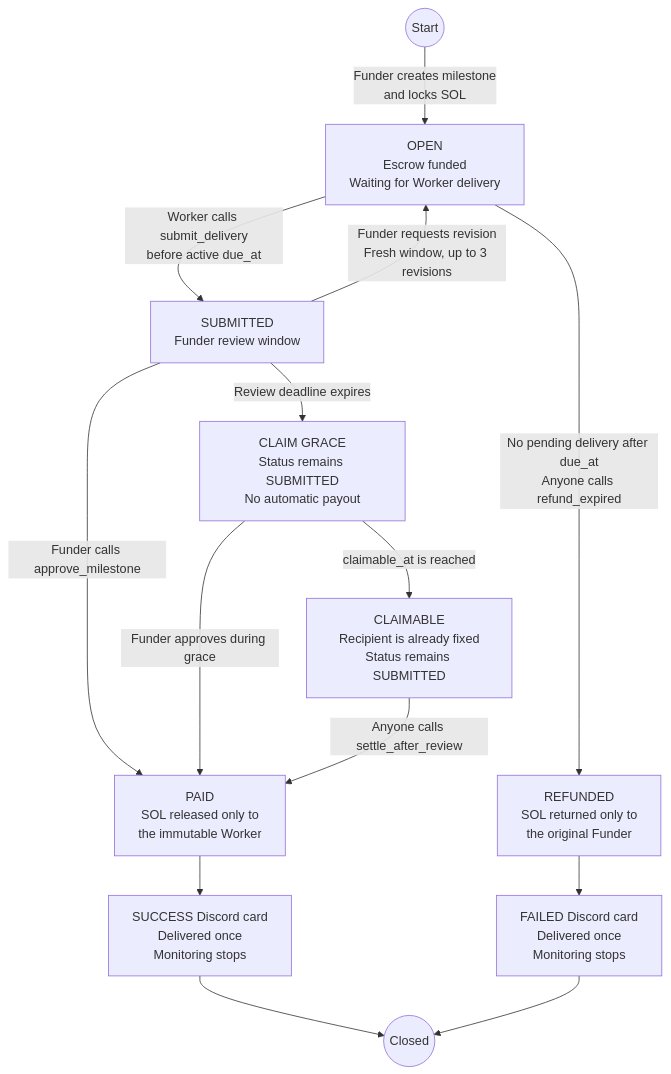
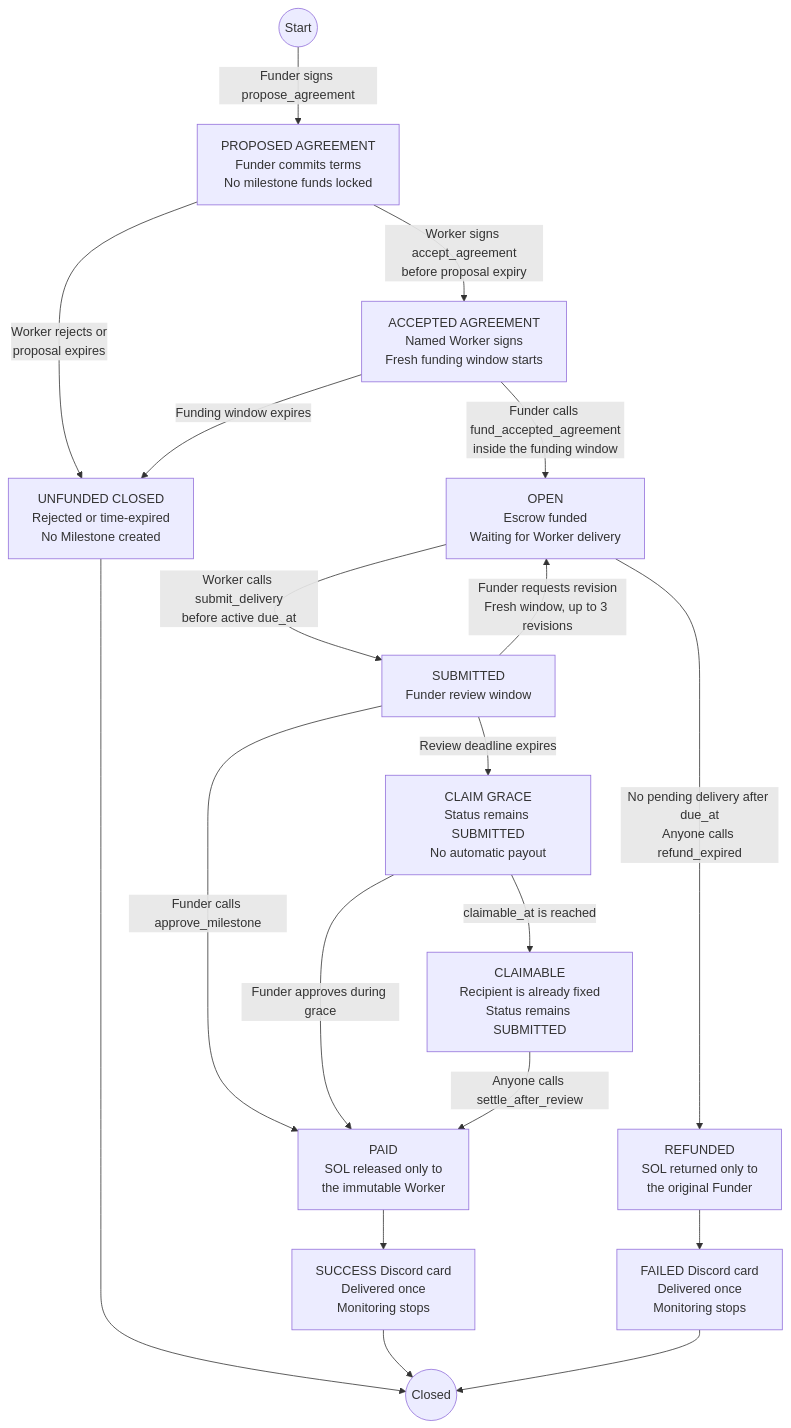
Before and after one commit to zxc982/prazopay-zeroclaw: the diagram in README.md, drawn with Mermaid. The commit also changed other lines of this file and 3 other files, not shown here.

````diff
--- a/README.md
+++ b/README.md
@@ -28,36 +25,46 @@
 ```mermaid
 flowchart TB
     Start((Start))
 
+    Proposed["PROPOSED AGREEMENT<br/>Funder commits terms<br/>No milestone funds locked"]
+    Accepted["ACCEPTED AGREEMENT<br/>Named Worker signs<br/>Fresh funding window starts"]
+    Unfunded["UNFUNDED CLOSED<br/>Rejected or time-expired<br/>No Milestone created"]
     Open["OPEN<br/>Escrow funded<br/>Waiting for Worker delivery"]
     Review["SUBMITTED<br/>Funder review window"]
     Grace["CLAIM GRACE<br/>Status remains SUBMITTED<br/>No automatic payout"]
     Claimable["CLAIMABLE<br/>Recipient is already fixed<br/>Status remains SUBMITTED"]
     Paid["PAID<br/>SOL released only to<br/>the immutable Worker"]
     Refunded["REFUNDED<br/>SOL returned only to<br/>the original Funder"]
 
     Success["SUCCESS Discord card<br/>Delivered once<br/>Monitoring stops"]
     Failed["FAILED Discord card<br/>Delivered once<br/>Monitoring stops"]
 
     End((Closed))
 
-    Start -->|"Funder creates milestone<br/>and locks SOL"| Open
+    Start -->|"Funder signs propose_agreement"| Proposed
+
+    Proposed -->|"Worker signs accept_agreement<br/>before proposal expiry"| Accepted
+    Proposed -->|"Worker rejects or<br/>proposal expires"| Unfunded
+
+    Accepted -->|"Funder calls fund_accepted_agreement<br/>inside the funding window"| Open
+    Accepted -->|"Funding window expires"| Unfunded
 
     Open -->|"Worker calls submit_delivery<br/>before active due_at"| Review
     Open -->|"No pending delivery after due_at<br/>Anyone calls refund_expired"| Refunded
 
     Review -->|"Funder calls approve_milestone"| Paid
     Review -->|"Funder requests revision<br/>Fresh window, up to 3 revisions"| Open
     Review -->|"Review deadline expires"| Grace
 
     Grace -->|"Funder approves during grace"| Paid
     Grace -->|"claimable_at is reached"| Claimable
 
     Claimable -->|"Anyone calls settle_after_review"| Paid
 
     Paid --> Success
     Refunded --> Failed
 
+    Unfunded --> End
     Success --> End
     Failed --> End
 ```
````
